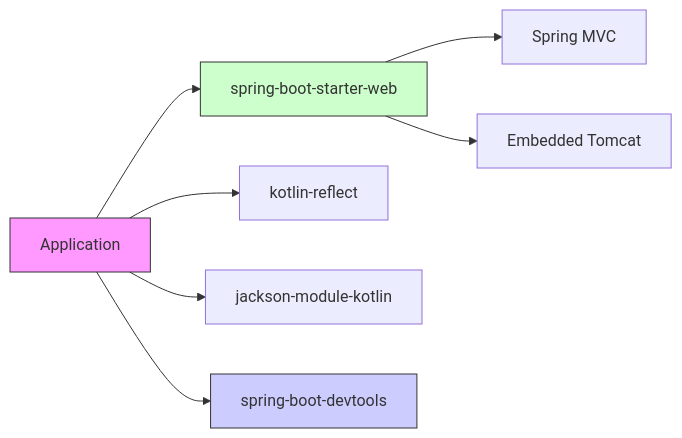
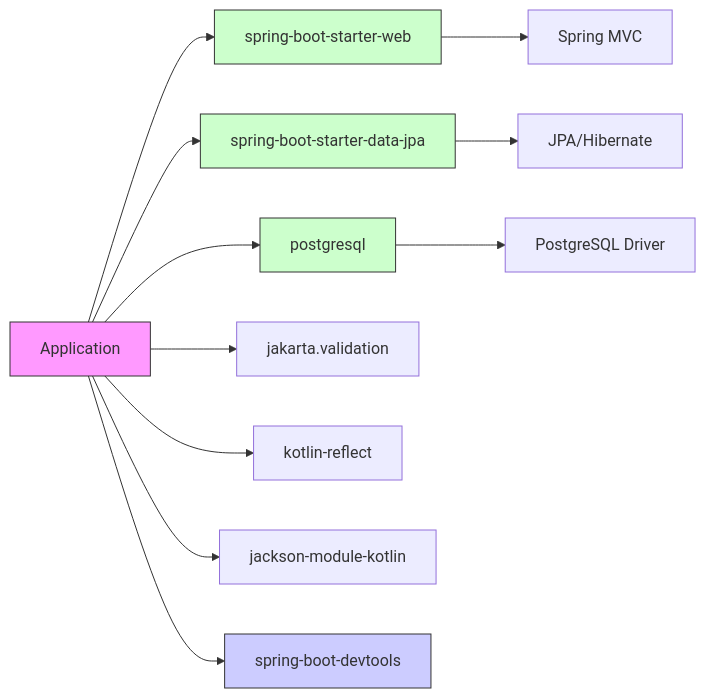
The eighth of 8 diagrams in .qoder/repowiki/en/content/Application Structure & Configuration.md (Nynoko228/Distributed-information-processing-systems), drawn with Mermaid before and after one commit. The commit also changed other lines of this file and 39 other files, not shown here.

````diff
--- a/.qoder/repowiki/en/content/Application Structure & Configuration.md
+++ b/.qoder/repowiki/en/content/Application Structure & Configuration.md
@@ -185,12 +396,18 @@
 ```mermaid
 graph LR
 A[Application] --> B[spring-boot-starter-web]
-A --> C[kotlin-reflect]
-A --> D[jackson-module-kotlin]
-A --> E[spring-boot-devtools]
-B --> F[Spring MVC]
-B --> G[Embedded Tomcat]
+A --> C[spring-boot-starter-data-jpa]
+A --> D[postgresql]
+A --> E[jakarta.validation]
+A --> F[kotlin-reflect]
+A --> G[jackson-module-kotlin]
+A --> H[spring-boot-devtools]
+B --> I[Spring MVC]
+C --> J[JPA/Hibernate]
+D --> K[PostgreSQL Driver]
 style A fill:#f9f,stroke:#333
 style B fill:#cfc,stroke:#333
-style E fill:#ccf,stroke:#333
+style C fill:#cfc,stroke:#333
+style D fill:#cfc,stroke:#333
+style H fill:#ccf,stroke:#333
 ```
````
